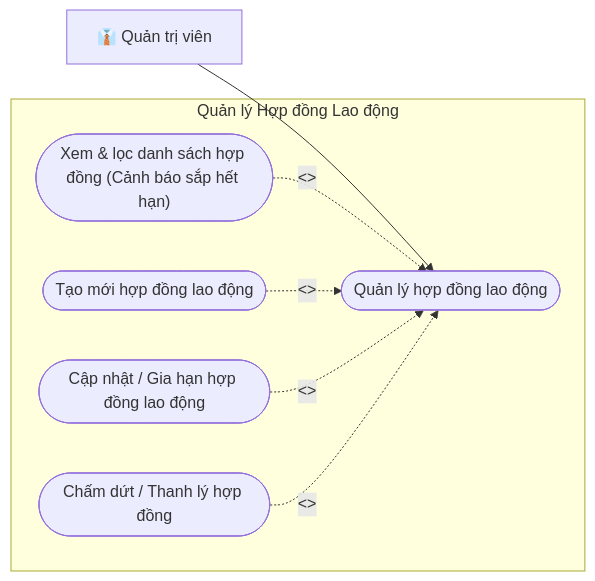
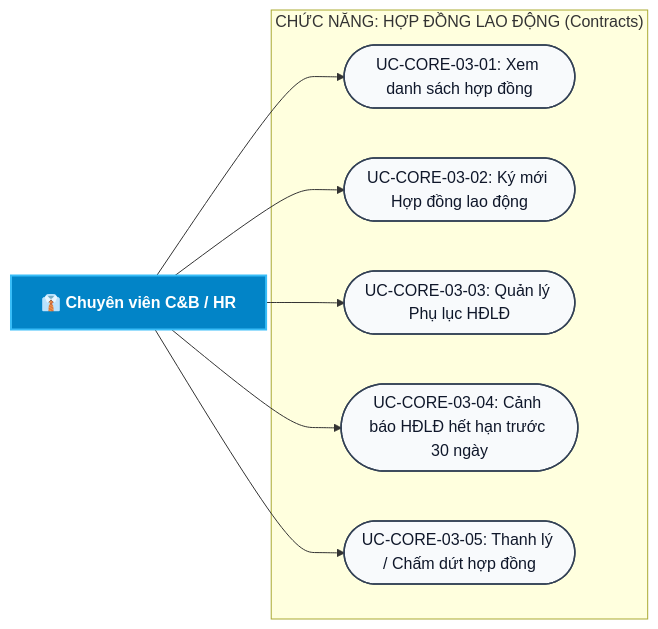
Before and after one commit to aye2710/HRM-DATN: diagram 17 of 37 in docs/Các biểu đồ/So_Do_Use_Case_Tong_Quat_HRM.md, drawn with Mermaid. The commit also changed other lines of this file and 275 other files, not shown here.

Commit message:
docs: add full UML & ERD documentation suite (Use Case, Sequence, Activity, ERD, Class Diagram) with embedded Word exports

````diff
--- a/docs/Các biểu đồ/So_Do_Use_Case_Tong_Quat_HRM.md
+++ b/docs/Các biểu đồ/So_Do_Use_Case_Tong_Quat_HRM.md
@@ -352,18 +955,23 @@
 ```mermaid
 flowchart LR
-    ADMIN["👔 Quản trị viên"]
+    ADMIN["👔 Chuyên viên C&B / HR"]
 
-    subgraph UC_CON_BOX ["Quản lý Hợp đồng Lao động"]
-        UC_CON(["Quản lý hợp đồng lao động"])
-        UC_CON_1(["Xem & lọc danh sách hợp đồng (Cảnh báo sắp hết hạn)"])
-        UC_CON_2(["Tạo mới hợp đồng lao động"])
-        UC_CON_3(["Cập nhật / Gia hạn hợp đồng lao động"])
-        UC_CON_4(["Chấm dứt / Thanh lý hợp đồng"])
+    subgraph FUNC_CTR ["CHỨC NĂNG: HỢP ĐỒNG LAO ĐỘNG (Contracts)"]
+        UC1(["UC-CORE-03-01: Xem danh sách hợp đồng"])
+        UC2(["UC-CORE-03-02: Ký mới Hợp đồng lao động"])
+        UC3(["UC-CORE-03-03: Quản lý Phụ lục HĐLĐ"])
+        UC4(["UC-CORE-03-04: Cảnh báo HĐLĐ hết hạn trước 30 ngày"])
+        UC5(["UC-CORE-03-05: Thanh lý / Chấm dứt hợp đồng"])
     end
 
-    ADMIN --> UC_CON
-    UC_CON_1 -.->|<<include>>| UC_CON
-    UC_CON_2 -.->|<<extend>>| UC_CON
-    UC_CON_3 -.->|<<extend>>| UC_CON
-    UC_CON_4 -.->|<<extend>>| UC_CON
+    ADMIN --> UC1
+    ADMIN --> UC2
+    ADMIN --> UC3
+    ADMIN --> UC4
+    ADMIN --> UC5
+
+    classDef actor fill:#0284c7,stroke:#38bdf8,stroke-width:2px,color:#ffffff,font-weight:bold;
+    classDef uc fill:#f8fafc,stroke:#334155,stroke-width:1.5px,color:#0f172a;
+    class ADMIN actor;
+    class UC1,UC2,UC3,UC4,UC5 uc;
 ```
````
